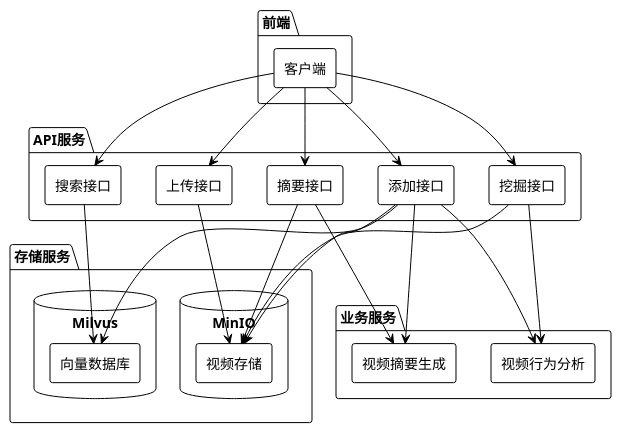
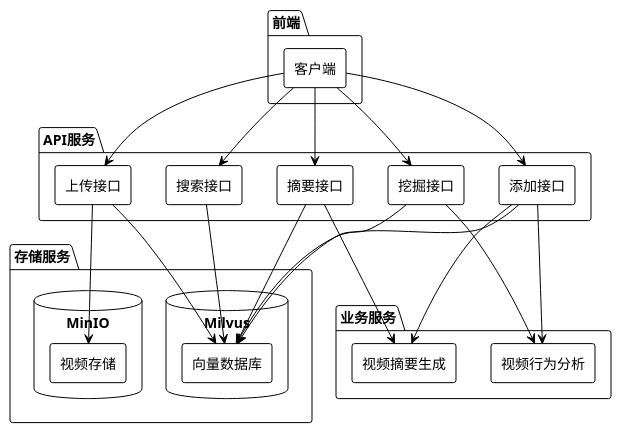
The diagram in docs/系统组件图.wsd (qiuchen001/vision-perception-sample), drawn with PlantUML before and after one commit.

Commit message:
调整组件图

```diff
--- a/docs/系统组件图.wsd
+++ b/docs/系统组件图.wsd
@@ -1,51 +1,52 @@
 @startuml system-components
 !theme plain
 skinparam componentStyle rectangle
 
 package "前端" {
     [客户端] as Client
 }
 
 package "API服务" {
     [上传接口] as UploadAPI
     [添加接口] as AddAPI
     [挖掘接口] as MiningAPI
     [摘要接口] as SummaryAPI
     [搜索接口] as SearchAPI
 }
 
 package "存储服务" {
     database "MinIO" {
         [视频存储] as VideoStorage
     }
     database "Milvus" {
         [向量数据库] as VectorDB
     }
 }
 
 package "业务服务" {
     [视频行为分析] as VideoMining
     [视频摘要生成] as VideoSummary
 }
 
 Client --> UploadAPI
 Client --> AddAPI
 Client --> MiningAPI
 Client --> SummaryAPI
 Client --> SearchAPI
 
 UploadAPI --> VideoStorage
-AddAPI --> VideoStorage
+UploadAPI --> VectorDB
+
 AddAPI --> VideoMining
 AddAPI --> VideoSummary
 AddAPI --> VectorDB
 
-MiningAPI --> VideoStorage
 MiningAPI --> VideoMining
+MiningAPI --> VectorDB
 
-SummaryAPI --> VideoStorage
 SummaryAPI --> VideoSummary
+SummaryAPI --> VectorDB
 
 SearchAPI --> VectorDB
 
 @enduml
```
